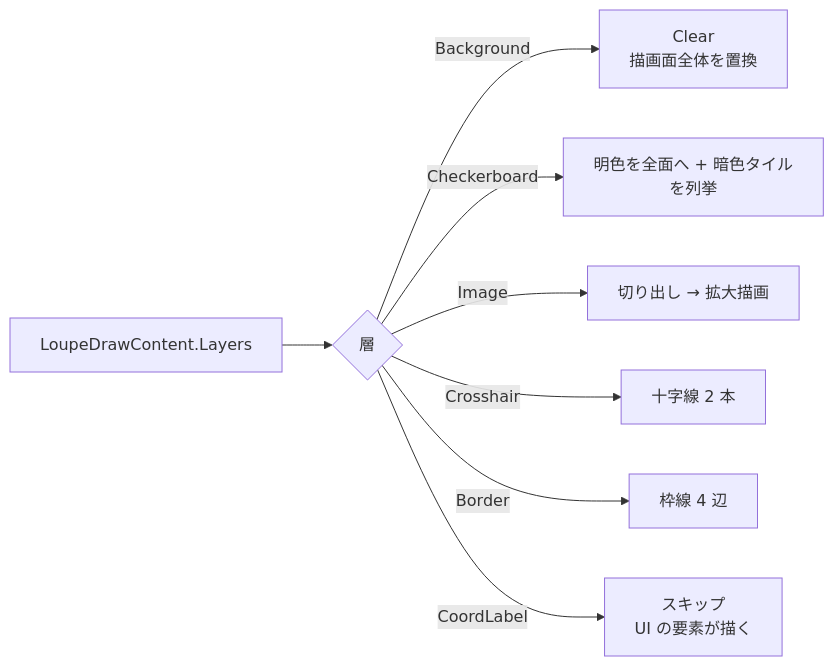
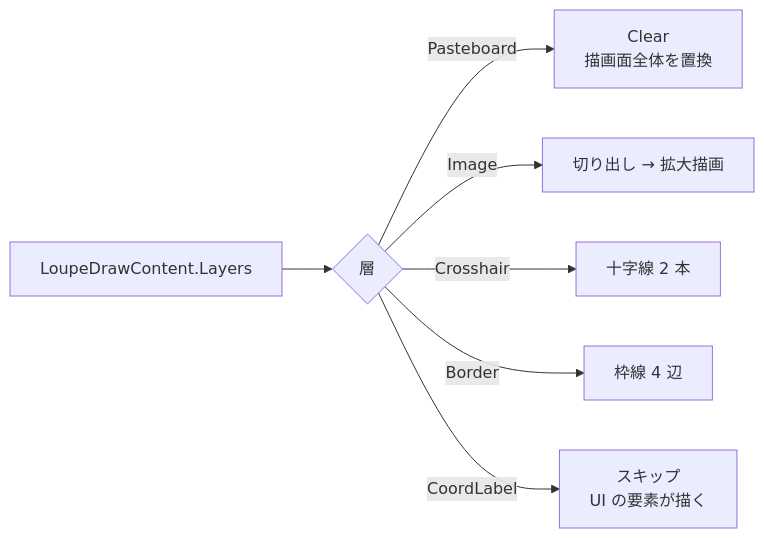
Before and after one commit to tomokuni/SaveEvidence: the second of 3 diagrams in src/LoupeControl.UIBase/SPEC_System.md, drawn with Mermaid. The commit also changed other lines of this file and 80 other files, not shown here.

````diff
--- a/src/LoupeControl.UIBase/SPEC_System.md
+++ b/src/LoupeControl.UIBase/SPEC_System.md
@@ -75,10 +75,10 @@
 ```mermaid
 flowchart LR
     A[LoupeDrawContent.Layers] --> B{層}
-    B -->|Background| C[Clear<br/>描画面全体を置換]
-    B -->|Checkerboard| D[明色を全面へ + 暗色タイルを列挙]
+    B -->|Pasteboard| C[Clear<br/>描画面全体を置換]
+    
     B -->|Image| E[切り出し → 拡大描画]
     B -->|Crosshair| F[十字線 2 本]
     B -->|Border| G[枠線 4 辺]
     B -->|CoordLabel| H[スキップ<br/>UI の要素が描く]
 ```
````
